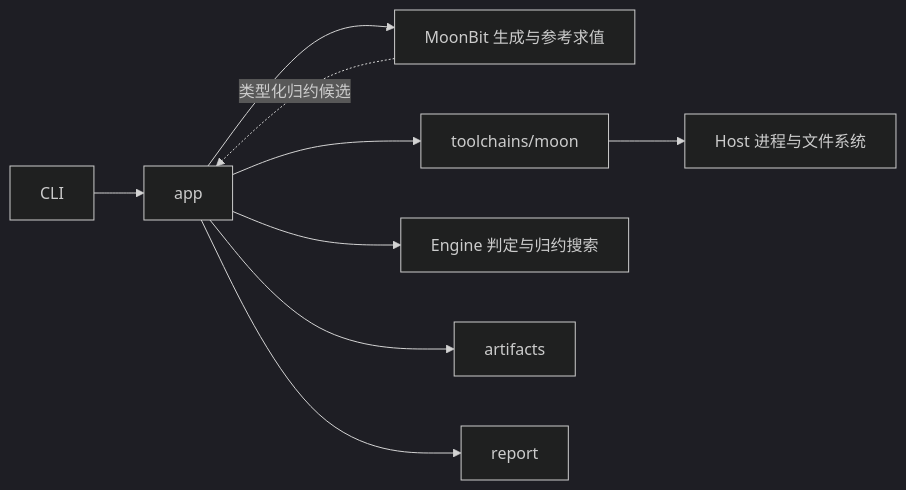
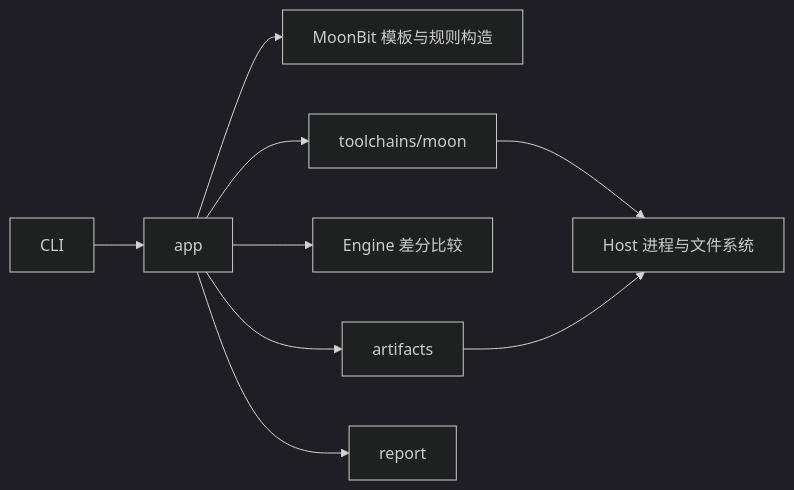
One commit to zrr1999/moonsmith changed the diagram in CONTRIBUTING.md. Above: the diagram before and after it, drawn with Mermaid (dark theme). The commit also changed other lines of this file and 19 other files, not shown here.

````diff
--- a/CONTRIBUTING.md
+++ b/CONTRIBUTING.md
@@ -95,11 +70,11 @@
 ```mermaid
 flowchart LR
     CLI[CLI] --> App[app]
-    App --> Language[MoonBit 生成与参考求值]
+    App --> Language[MoonBit 模板与规则构造]
     App --> Compiler[toolchains/moon]
     Compiler --> Host[Host 进程与文件系统]
-    App --> Engine[Engine 判定与归约搜索]
+    App --> Engine[Engine 差分比较]
     App --> Store[artifacts]
+    Store --> Host
     App --> Report[report]
-    Language -. 类型化归约候选 .-> App
 ```
````
